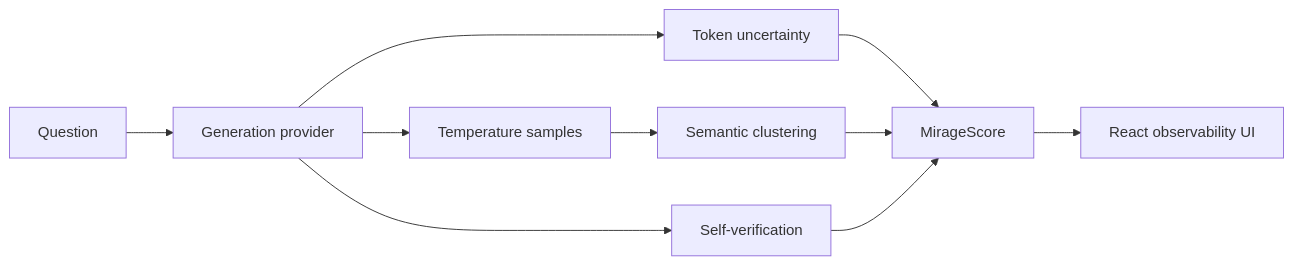
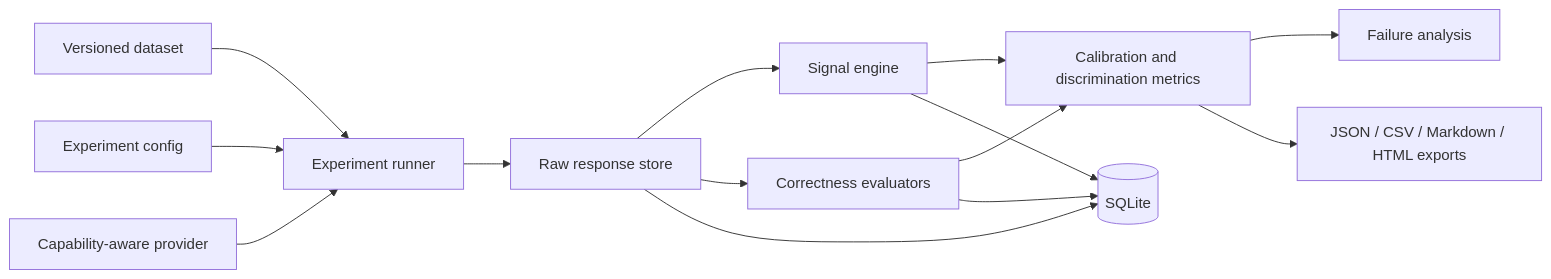
The diagram in README.md (aashita-46/Mirage-LLM), drawn with Mermaid before and after one commit. The commit also changed other lines of this file and 21 other files, not shown here.

````diff
--- a/README.md
+++ b/README.md
@@ -28,12 +69,16 @@
 ```mermaid
 flowchart LR
-  Q[Question] --> G[Generation provider]
-  G --> T[Token uncertainty]
-  G --> S[Temperature samples]
-  S --> C[Semantic clustering]
-  G --> V[Self-verification]
-  T --> M[MirageScore]
-  C --> M
-  V --> M
-  M --> UI[React observability UI]
+  D[Versioned dataset] --> R[Experiment runner]
+  C[Experiment config] --> R
+  P[Capability-aware provider] --> R
+  R --> O[Raw response store]
+  O --> S[Signal engine]
+  O --> E[Correctness evaluators]
+  S --> M[Calibration and discrimination metrics]
+  E --> M
+  M --> F[Failure analysis]
+  M --> X[JSON / CSV / Markdown / HTML exports]
+  O --> DB[(SQLite)]
+  S --> DB
+  E --> DB
 ```
````
